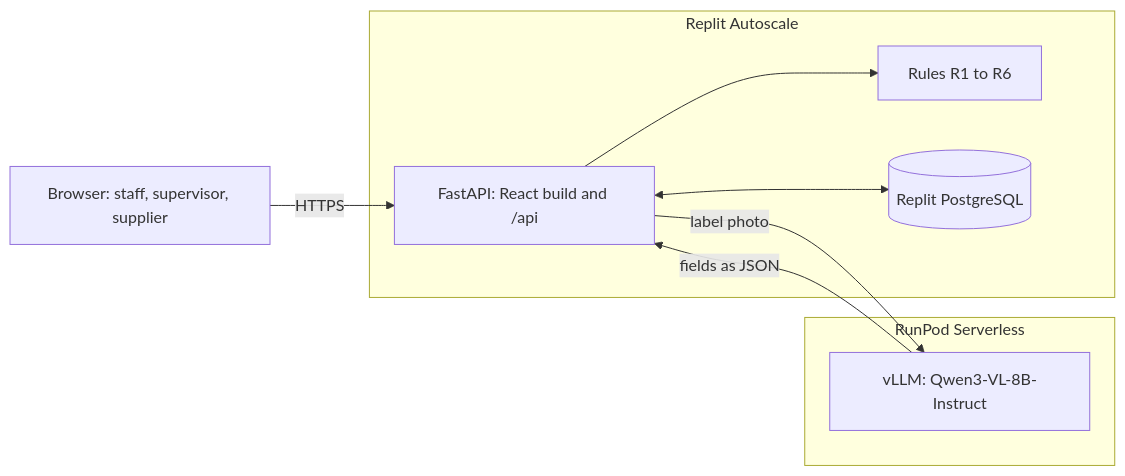
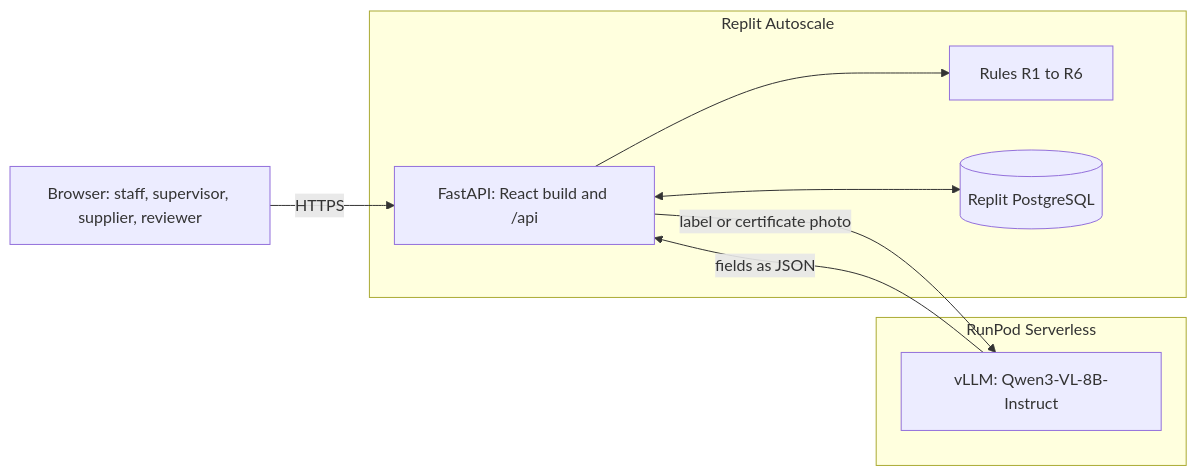
One commit to deettoh/halal-supplier-control changed the diagram in README.md. Above: the diagram before and after it, drawn with Mermaid. The commit also changed other lines of this file and 18 other files, not shown here.

````diff
--- a/README.md
+++ b/README.md
@@ -140,17 +141,17 @@
 ```mermaid
 flowchart LR
-    browser[Browser: staff, supervisor, supplier]
+    browser[Browser: staff, supervisor, supplier, reviewer]
     subgraph replit[Replit Autoscale]
         api[FastAPI: React build and /api]
         rules[Rules R1 to R6]
         db[(Replit PostgreSQL)]
     end
     subgraph runpod[RunPod Serverless]
         model[vLLM: Qwen3-VL-8B-Instruct]
     end
     browser -->|HTTPS| api
     api --> rules
     api <--> db
-    api -->|label photo| model
+    api -->|label or certificate photo| model
     model -->|fields as JSON| api
 ```
````
